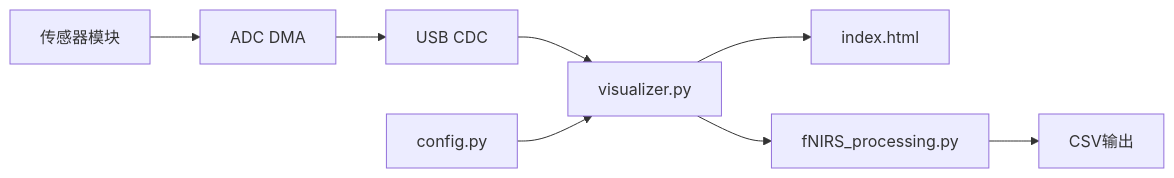
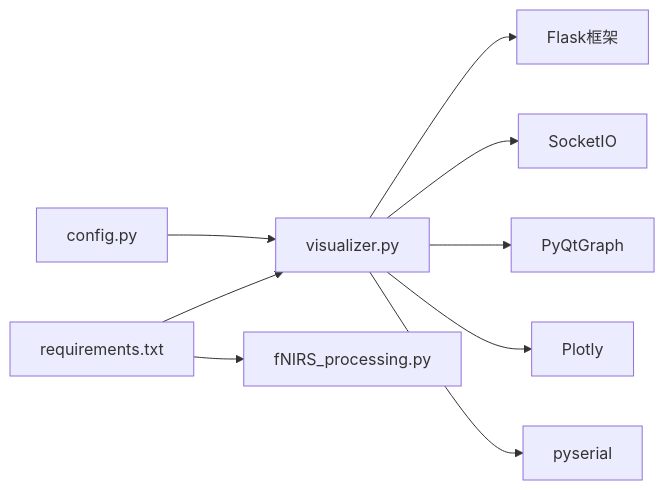
One commit to zhushizi/fNIRS-main changed the fourth of 4 diagrams in .qoder/repowiki/zh/content/项目概述.md. Above: the diagram before and after it, drawn with Mermaid. The commit also changed other lines of this file and 28 other files, not shown here.

````diff
--- a/.qoder/repowiki/zh/content/项目概述.md
+++ b/.qoder/repowiki/zh/content/项目概述.md
@@ -236,10 +175,11 @@
 ```mermaid
 graph LR
-HW["传感器模块"] --> ADC["ADC DMA"]
-ADC --> USB["USB CDC"]
-USB --> VIS["visualizer.py"]
-VIS --> UI["index.html"]
-VIS --> PROC["fNIRS_processing.py"]
-PROC --> CSV["CSV输出"]
-CFG["config.py"] --> VIS
+CFG["config.py"] --> VIS["visualizer.py"]
+REQ["requirements.txt"] --> VIS
+REQ --> PROC["fNIRS_processing.py"]
+VIS --> FLASK["Flask框架"]
+VIS --> SOCKET["SocketIO"]
+VIS --> PYQT["PyQtGraph"]
+VIS --> PLOTLY["Plotly"]
+VIS --> SERIAL["pyserial"]
 ```
````
